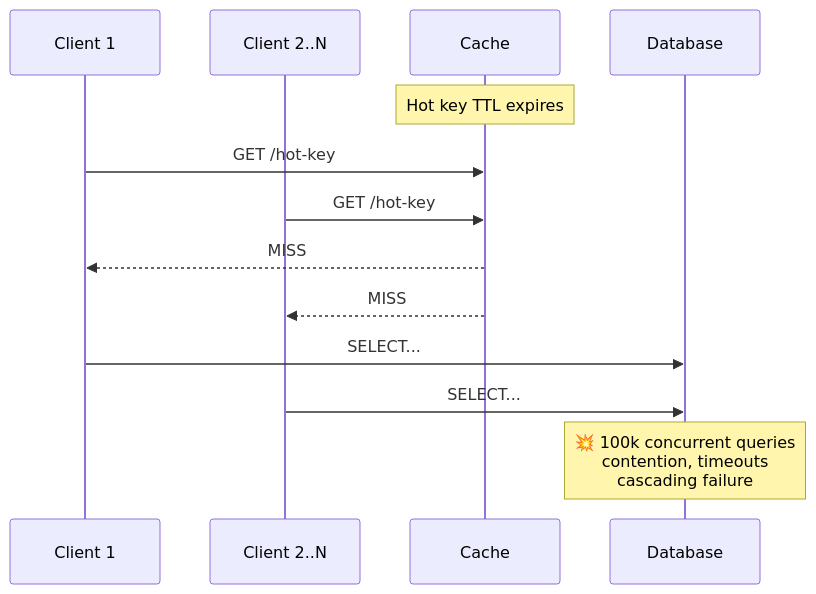
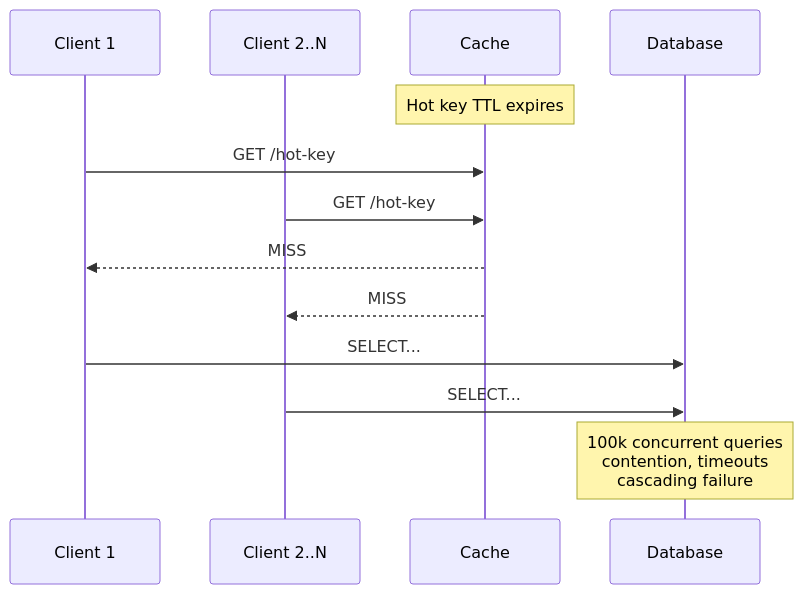
The first of 3 diagrams in system-design/cache-stampede-flash-sale.md (Chandra179/atlas), drawn with Mermaid before and after one commit. The commit also changed other lines of this file and 17 other files, not shown here.

````diff
--- a/system-design/cache-stampede-flash-sale.md
+++ b/system-design/cache-stampede-flash-sale.md
@@ -18,15 +20,15 @@
 ```mermaid
 sequenceDiagram
     participant C1 as Client 1
     participant C2 as Client 2..N
     participant Cache as Cache
     participant DB as Database
     Note over Cache: Hot key TTL expires
     C1->>Cache: GET /hot-key
     C2->>Cache: GET /hot-key
     Cache-->>C1: MISS
     Cache-->>C2: MISS
     C1->>DB: SELECT...
     C2->>DB: SELECT...
-    Note over DB: 💥 100k concurrent queries<br/>contention, timeouts<br/>cascading failure
+    Note over DB: 100k concurrent queries<br/>contention, timeouts<br/>cascading failure
 ```
````
